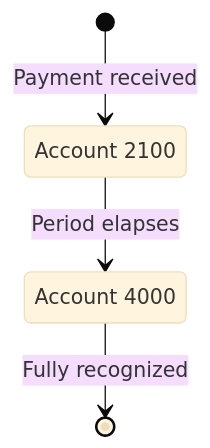
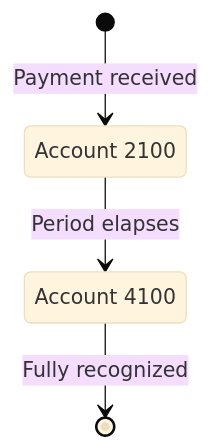
One commit to recurso-dev/docs changed the second of 2 diagrams in advanced/revenue-recognition.mdx. Above: the diagram before and after it, drawn with Mermaid (base theme). The commit also changed other lines of this file and 6 other files, not shown here.

````diff
--- a/advanced/revenue-recognition.mdx
+++ b/advanced/revenue-recognition.mdx
@@ -132,9 +144,9 @@
 ```mermaid
 stateDiagram-v2
     [*] --> DeferredRevenue: Payment received
-    DeferredRevenue --> Revenue: Period elapses
-    Revenue --> [*]: Fully recognized
+    DeferredRevenue --> RecognizedRevenue: Period elapses
+    RecognizedRevenue --> [*]: Fully recognized
 
     DeferredRevenue: Account 2100
-    Revenue: Account 4000
+    RecognizedRevenue: Account 4100
 ```
````
